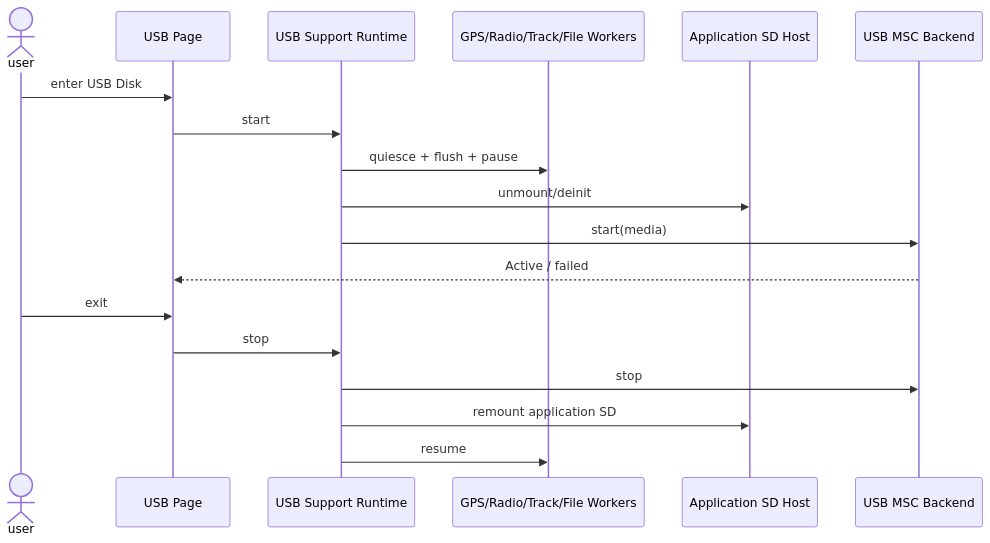
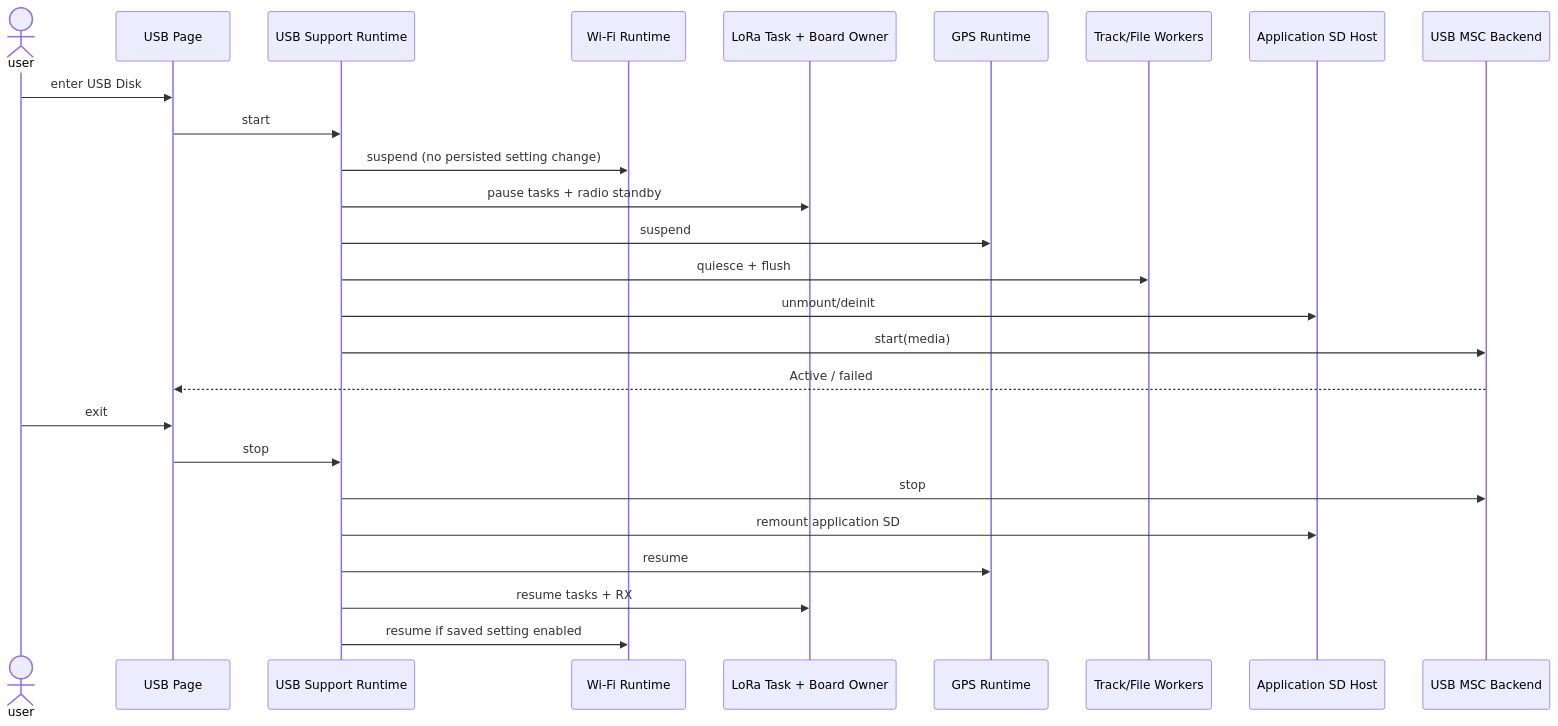
Before and after one commit to manmuqingshan/trail-mate: the diagram in docs/design/use-case-diagrams/expose-usb-storage/sequences/sequence-expose-usb-storage.md, drawn with Mermaid. The commit also changed other lines of this file and 37 other files, not shown here.

````diff
--- a/docs/design/use-case-diagrams/expose-usb-storage/sequences/sequence-expose-usb-storage.md
+++ b/docs/design/use-case-diagrams/expose-usb-storage/sequences/sequence-expose-usb-storage.md
@@ -2,20 +2,28 @@
 ```mermaid
 sequenceDiagram
  actor U as user
   participant UI as USB Page
   participant USB as USB Support Runtime
-  participant Owners as GPS/Radio/Track/File Workers
+  participant WiFi as Wi-Fi Runtime
+  participant LoRa as LoRa Task + Board Owner
+  participant GPS as GPS Runtime
+  participant Owners as Track/File Workers
   participant SD as Application SD Host
   participant MSC as USB MSC Backend
   U->>UI: enter USB Disk
   UI->>USB: start
-  USB->>Owners: quiesce + flush + pause
+  USB->>WiFi: suspend (no persisted setting change)
+  USB->>LoRa: pause tasks + radio standby
+  USB->>GPS: suspend
+  USB->>Owners: quiesce + flush
   USB->>SD: unmount/deinit
   USB->>MSC: start(media)
   MSC-->>UI: Active / failed
   U->>UI: exit
   UI->>USB: stop
   USB->>MSC: stop
   USB->>SD: remount application SD
-  USB->>Owners: resume
+  USB->>GPS: resume
+  USB->>LoRa: resume tasks + RX
+  USB->>WiFi: resume if saved setting enabled
 ```
````
